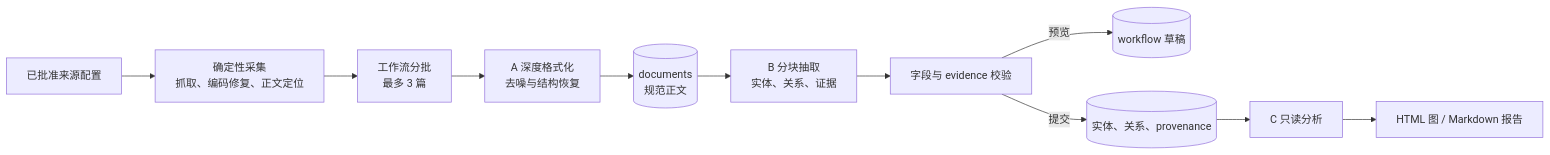
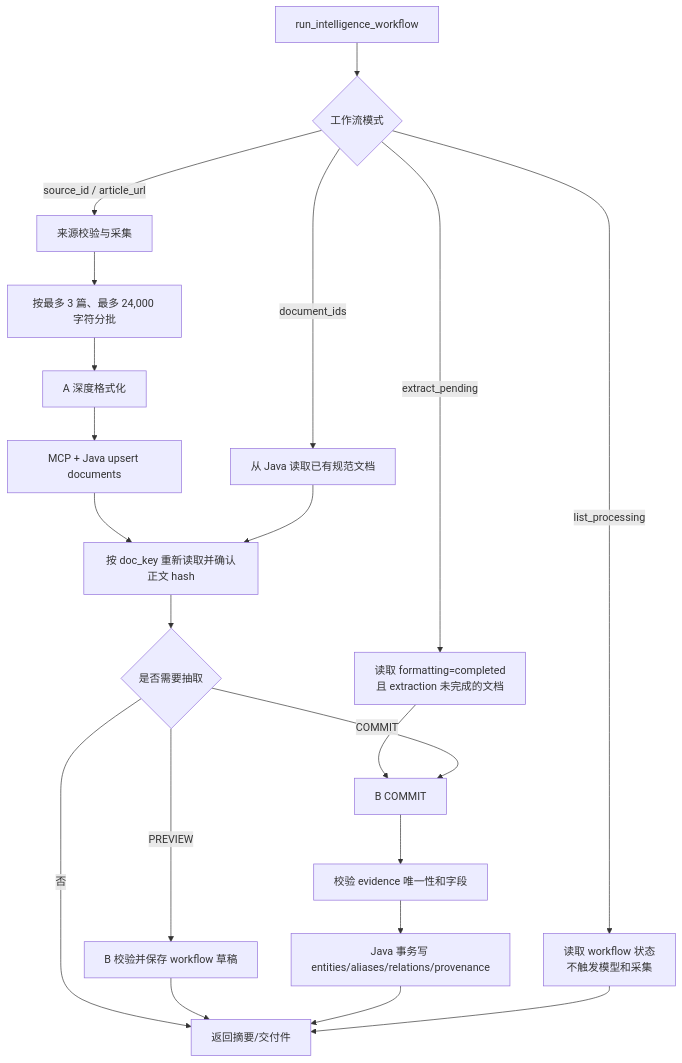
The fourth of 9 diagrams in doc/PROJECT_DOCUMENTATION.md (greenC2h/ThreatWeave), drawn with Mermaid before and after one commit. The commit also changed other lines of this file and 3 other files, not shown here.

````diff
--- a/doc/PROJECT_DOCUMENTATION.md
+++ b/doc/PROJECT_DOCUMENTATION.md
@@ -122,13 +236,24 @@
 ```mermaid
-flowchart LR
-    SOURCE["已批准来源配置"] --> COLLECT["确定性采集<br/>抓取、编码修复、正文定位"]
-    COLLECT --> BATCH["工作流分批<br/>最多 3 篇"]
-    BATCH --> A["A 深度格式化<br/>去噪与结构恢复"]
-    A --> DOC[("documents<br/>规范正文")]
-    DOC --> B["B 分块抽取<br/>实体、关系、证据"]
-    B --> CHECK["字段与 evidence 校验"]
-    CHECK -->|"预览"| DRAFT[("workflow 草稿")]
-    CHECK -->|"提交"| GRAPH[("实体、关系、provenance")]
-    GRAPH --> C["C 只读分析"]
-    C --> OUTPUT["HTML 图 / Markdown 报告"]
+flowchart TD
+    START["run_intelligence_workflow"] --> MODE{"工作流模式"}
+    MODE -->|"list_processing"| LIST["读取 workflow 状态<br/>不触发模型和采集"]
+    MODE -->|"extract_pending"| PENDING["读取 formatting=completed<br/>且 extraction 未完成的文档"]
+    MODE -->|"source_id / article_url"| COLLECT["来源校验与采集"]
+    MODE -->|"document_ids"| EXISTING["从 Java 读取已有规范文档"]
+
+    COLLECT --> BATCH["按最多 3 篇、最多 24,000 字符分批"]
+    BATCH --> A["A 深度格式化"]
+    A --> UPSERT["MCP + Java upsert documents"]
+    UPSERT --> CONFIRM["按 doc_key 重新读取并确认正文 hash"]
+    EXISTING --> CONFIRM
+    PENDING --> B["B COMMIT"]
+    CONFIRM --> MODE2{"是否需要抽取"}
+    MODE2 -->|"否"| OUTPUT["返回摘要/交付件"]
+    MODE2 -->|"PREVIEW"| BPREVIEW["B 校验并保存 workflow 草稿"]
+    MODE2 -->|"COMMIT"| B
+    BPREVIEW --> OUTPUT
+    B --> CHECK["校验 evidence 唯一性和字段"]
+    CHECK --> WRITE["Java 事务写 entities/aliases/relations/provenance"]
+    WRITE --> OUTPUT
+    LIST --> OUTPUT
 ```
````
